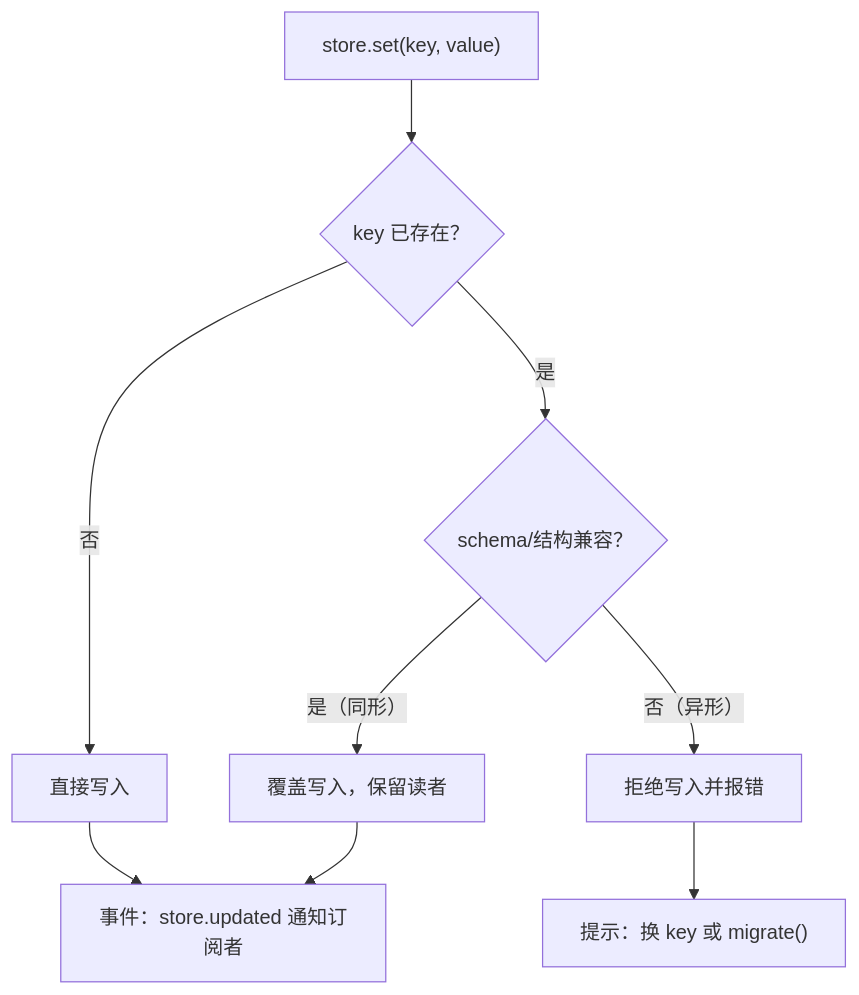
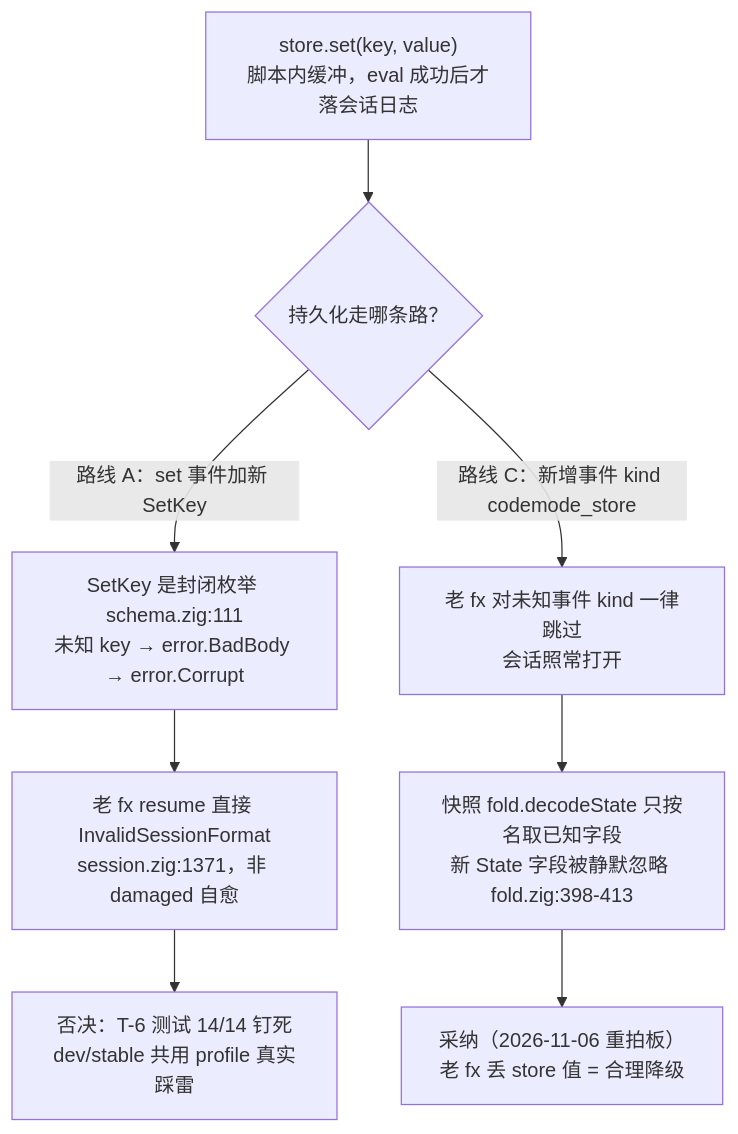
The diagram in assets/fx-codemode/store-compat.mmd (tt67wq/blog), drawn with Mermaid before and after one commit.

Commit message:
B-2 fix: store-compat 图改为真实的路线 A→C 决策（原稿虚构 schema/migrate 机制）

```diff
--- a/assets/fx-codemode/store-compat.mmd
+++ b/assets/fx-codemode/store-compat.mmd
@@ -1,9 +1,8 @@
 flowchart TD
-    A["store.set(key, value)"] --> B{"key 已存在？"}
-    B -- 否 --> C["直接写入"]
-    B -- 是 --> D{"schema/结构兼容？"}
-    D -- "是（同形）" --> E["覆盖写入，保留读者"]
-    D -- "否（异形）" --> F["拒绝写入并报错"]
-    F --> G["提示：换 key 或 migrate()"]
-    E --> H["事件：store.updated 通知订阅者"]
-    C --> H
+    S["store.set(key, value)\n脚本内缓冲，eval 成功后才落会话日志"] --> Q{"持久化走哪条路？"}
+    Q -- "路线 A：set 事件加新 SetKey" --> A1["SetKey 是封闭枚举 schema.zig:111\n未知 key → error.BadBody → error.Corrupt"]
+    A1 --> A2["老 fx resume 直接 InvalidSessionFormat\nsession.zig:1371，非 damaged 自愈"]
+    A2 --> AX["否决：T-6 测试 14/14 钉死\ndev/stable 共用 profile 真实踩雷"]
+    Q -- "路线 C：新增事件 kind codemode_store" --> C1["老 fx 对未知事件 kind 一律跳过\n会话照常打开"]
+    C1 --> C2["快照 fold.decodeState 只按名取已知字段\n新 State 字段被静默忽略 fold.zig:398-413"]
+    C2 --> CX["采纳（2026-11-06 重拍板）\n老 fx 丢 store 值 = 合理降级"]
```
